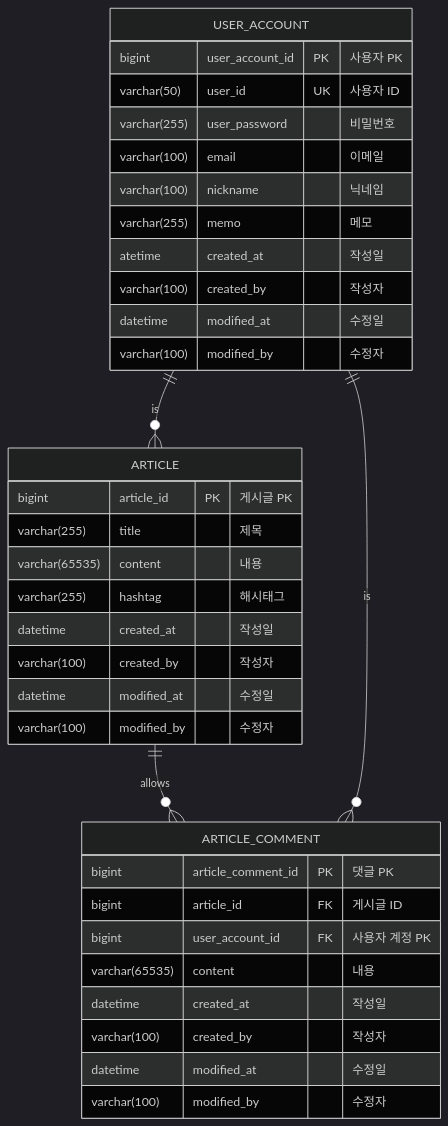
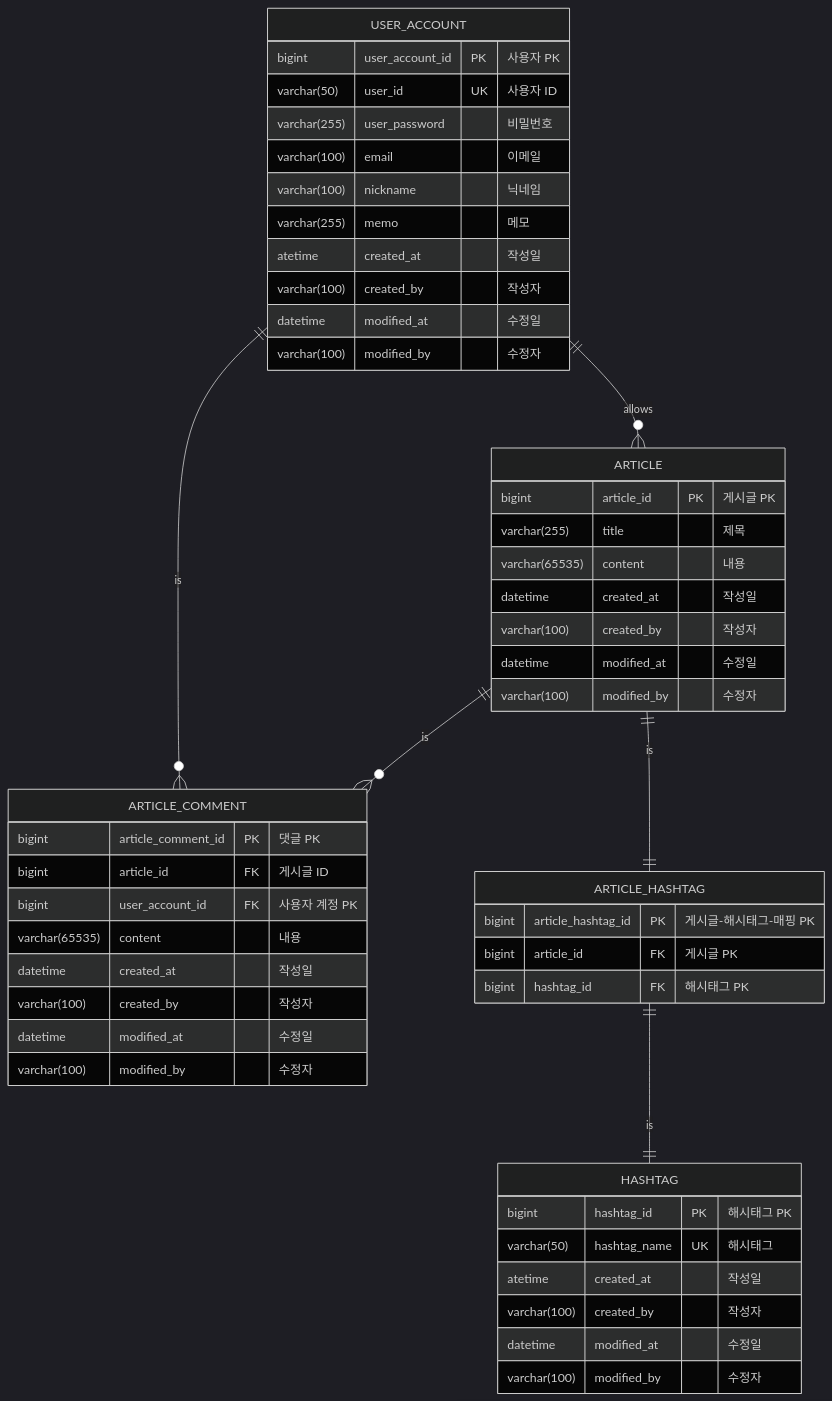
The diagram in README.md (jangseoyun/car-hr-sns), drawn with Mermaid (dark theme) before and after one commit.

Commit message:
doc: ERD hashtag 추가
- Article에 컴럼으로 포함되어있던 hashtag를 테이블로 분리하면서 ERD 추가

#56

````diff
--- a/README.md
+++ b/README.md
@@ -5,40 +5,57 @@
 ``` mermaid
 erDiagram 
-ARTICLE ||--o{ ARTICLE_COMMENT : allows
+ARTICLE ||--o{ ARTICLE_COMMENT : is
     ARTICLE {
         bigint article_id PK "게시글 PK"
         varchar(255) title "제목" 
         varchar(65535) content "내용"
-        varchar(255) hashtag "해시태그"
         datetime created_at "작성일"
         varchar(100) created_by "작성자"
         datetime modified_at "수정일"
         varchar(100) modified_by "수정자"
     }
 
     ARTICLE_COMMENT {
         bigint article_comment_id PK "댓글 PK"
         bigint article_id FK "게시글 ID"
         bigint user_account_id FK "사용자 계정 PK"
         varchar(65535) content "내용"
         datetime created_at "작성일"
         varchar(100) created_by "작성자"
         datetime modified_at "수정일"
         varchar(100) modified_by "수정자"
     }
+    
+    ARTICLE_HASHTAG {
+        bigint article_hashtag_id PK "게시글-해시태그-매핑 PK"
+        bigint article_id FK "게시글 PK"
+        bigint hashtag_id FK "해시태그 PK"
+    }
+    
+ARTICLE ||--|| ARTICLE_HASHTAG : is
+ARTICLE_HASHTAG ||--|| HASHTAG : is
+    HASHTAG {
+        bigint hashtag_id PK "해시태그 PK"
+        varchar(50) hashtag_name UK "해시태그"
+        atetime created_at "작성일"
+        varchar(100) created_by "작성자"
+        datetime modified_at "수정일"
+        varchar(100) modified_by "수정자"
+    }
 
-USER_ACCOUNT ||--o{ ARTICLE : is
+USER_ACCOUNT ||--o{ ARTICLE : allows
 USER_ACCOUNT ||--o{ ARTICLE_COMMENT : is
     USER_ACCOUNT {
         bigint user_account_id PK "사용자 PK"
         varchar(50) user_id UK "사용자 ID"
         varchar(255) user_password "비밀번호"
         varchar(100) email "이메일"
         varchar(100) nickname "닉네임"
         varchar(255) memo "메모" 
         atetime created_at "작성일"
         varchar(100) created_by "작성자"
         datetime modified_at "수정일"
         varchar(100) modified_by "수정자"
     }
+   
 ```
````
